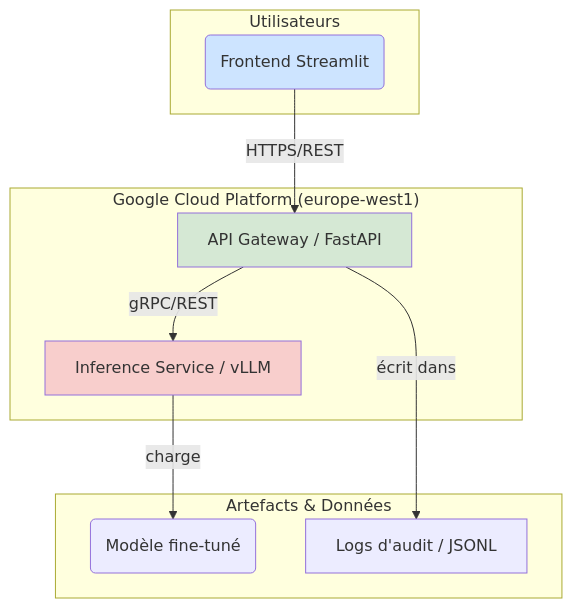
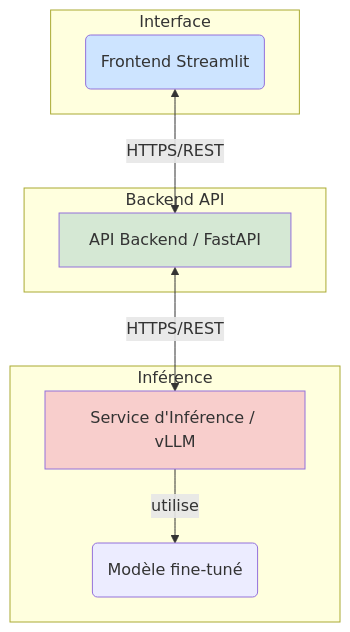
The diagram in README.md (AIEngOc2025/agent-triage-hospitalier), drawn with Mermaid before and after one commit. The commit also changed 85 other files, not shown here.

````diff
--- a/README.md
+++ b/README.md
@@ -17,21 +17,23 @@
 ```mermaid
 graph TD
-    subgraph "Utilisateurs"
+    subgraph "Interface"
         UI(Frontend Streamlit)
     end
 
-    subgraph "Google Cloud Platform (europe-west1)"
-        UI -- HTTPS/REST --> API[API Gateway / FastAPI]
-        API -- gRPC/REST --> Inference[Inference Service / vLLM]
+    subgraph "Backend API"
+        API[API Backend / FastAPI]
     end
 
-    subgraph "Artefacts & Données"
+    subgraph "Inférence"
+        Inference[Service d'Inférence / vLLM]
         Model(Modèle fine-tuné)
-        Inference -- charge --> Model
-        API -- écrit dans --> Audit[Logs d'audit / JSONL]
+        Inference -- utilise --> Model
     end
+
+    UI <-->|HTTPS/REST| API
+    API <-->|HTTPS/REST| Inference
 
     style UI fill:#cde4ff
     style API fill:#d5e8d4
     style Inference fill:#f8cecc
 ```
````
